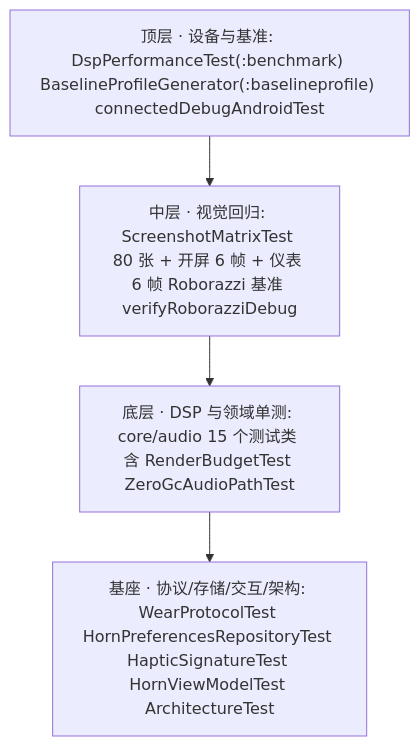
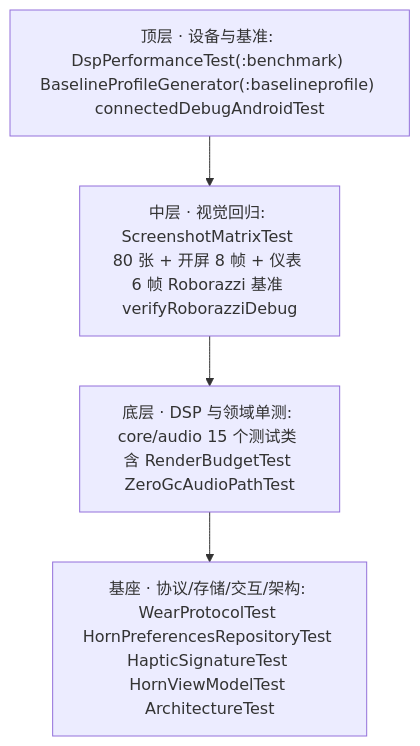
The diagram in docs/spec/05-dx-quality-and-ci.md (424635328/Horn), drawn with Mermaid before and after one commit. The commit also changed other lines of this file and 7 other files, not shown here.

````diff
--- a/docs/spec/05-dx-quality-and-ci.md
+++ b/docs/spec/05-dx-quality-and-ci.md
@@ -199,6 +199,6 @@
 ```mermaid
 graph TD
-    T3["顶层 · 设备与基准: DspPerformanceTest(:benchmark) BaselineProfileGenerator(:baselineprofile) connectedDebugAndroidTest"] --> T2["中层 · 视觉回归: ScreenshotMatrixTest 80 张 + 开屏 6 帧 + 仪表 6 帧 Roborazzi 基准 verifyRoborazziDebug"]
+    T3["顶层 · 设备与基准: DspPerformanceTest(:benchmark) BaselineProfileGenerator(:baselineprofile) connectedDebugAndroidTest"] --> T2["中层 · 视觉回归: ScreenshotMatrixTest 80 张 + 开屏 8 帧 + 仪表 6 帧 Roborazzi 基准 verifyRoborazziDebug"]
     T2 --> T1["底层 · DSP 与领域单测: core/audio 15 个测试类 含 RenderBudgetTest ZeroGcAudioPathTest"]
     T1 --> T0["基座 · 协议/存储/交互/架构: WearProtocolTest HornPreferencesRepositoryTest HapticSignatureTest HornViewModelTest ArchitectureTest"]
 ```
````
